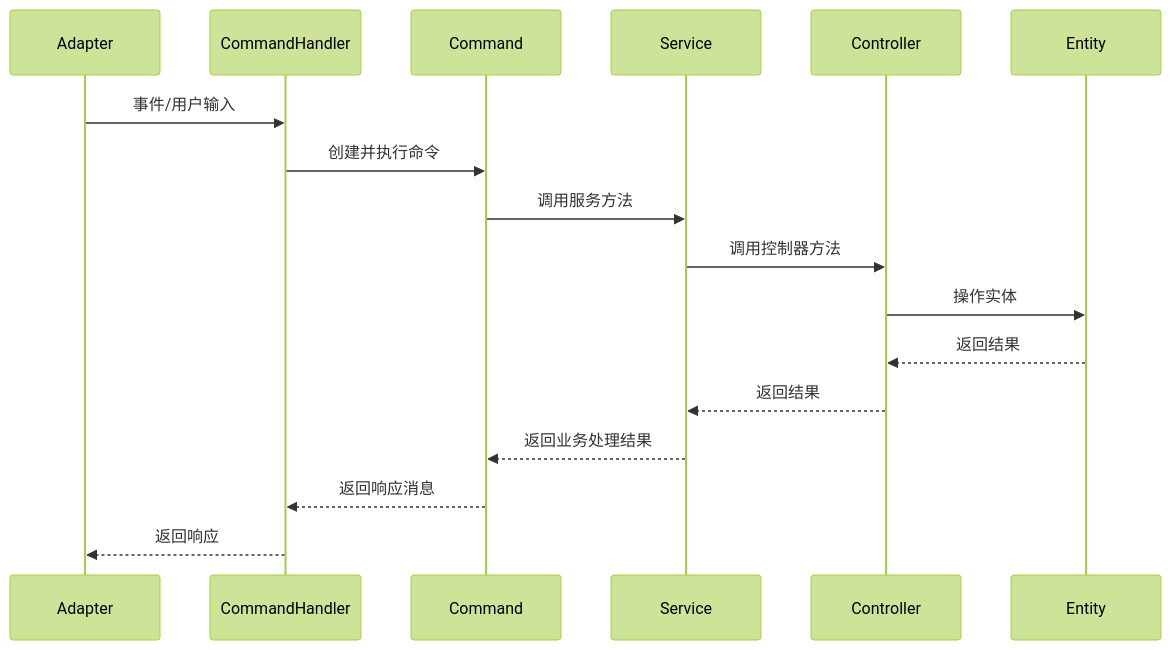
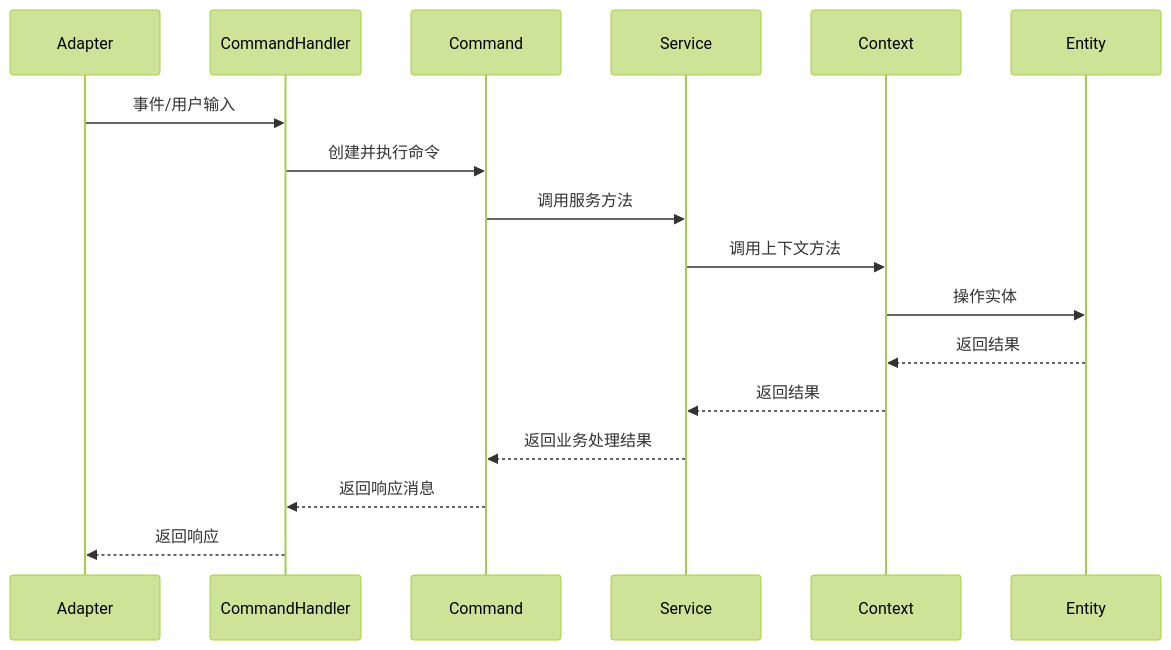
The sixth of 7 diagrams in docs/架构.md (crossagent/paotuan), drawn with Mermaid (forest theme) before and after one commit. The commit also changed other lines of this file and 6 other files, not shown here.

````diff
--- a/docs/架构.md
+++ b/docs/架构.md
@@ -295,20 +295,20 @@
 ```mermaid
 sequenceDiagram
     participant Adapter
     participant CommandHandler
     participant Command
     participant Service
-    participant Controller
+    participant Context
     participant Entity
 
     Adapter->>CommandHandler: 事件/用户输入
     CommandHandler->>Command: 创建并执行命令
     Command->>Service: 调用服务方法
-    Service->>Controller: 调用控制器方法
-    Controller->>Entity: 操作实体
-    Entity-->>Controller: 返回结果
-    Controller-->>Service: 返回结果
+    Service->>Context: 调用上下文方法
+    Context->>Entity: 操作实体
+    Entity-->>Context: 返回结果
+    Context-->>Service: 返回结果
     Service-->>Command: 返回业务处理结果
     Command-->>CommandHandler: 返回响应消息
     CommandHandler-->>Adapter: 返回响应
 ```
````
